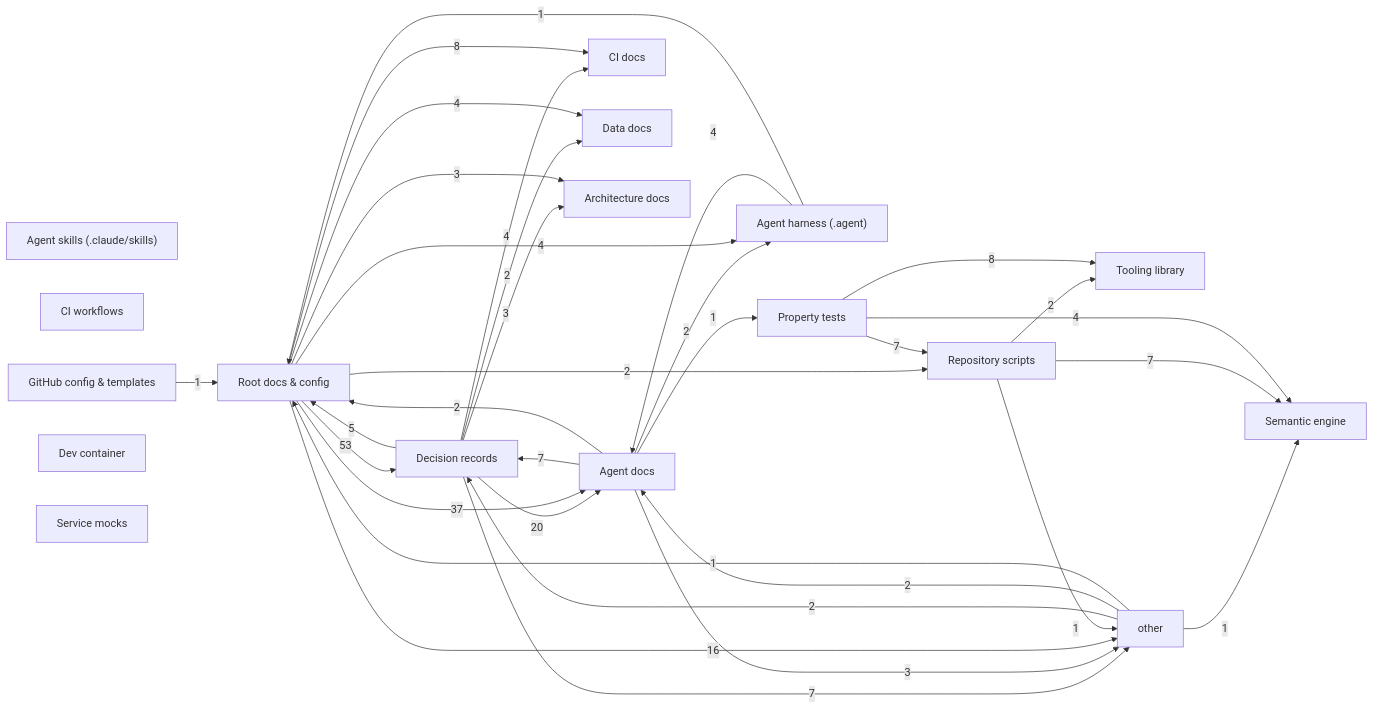
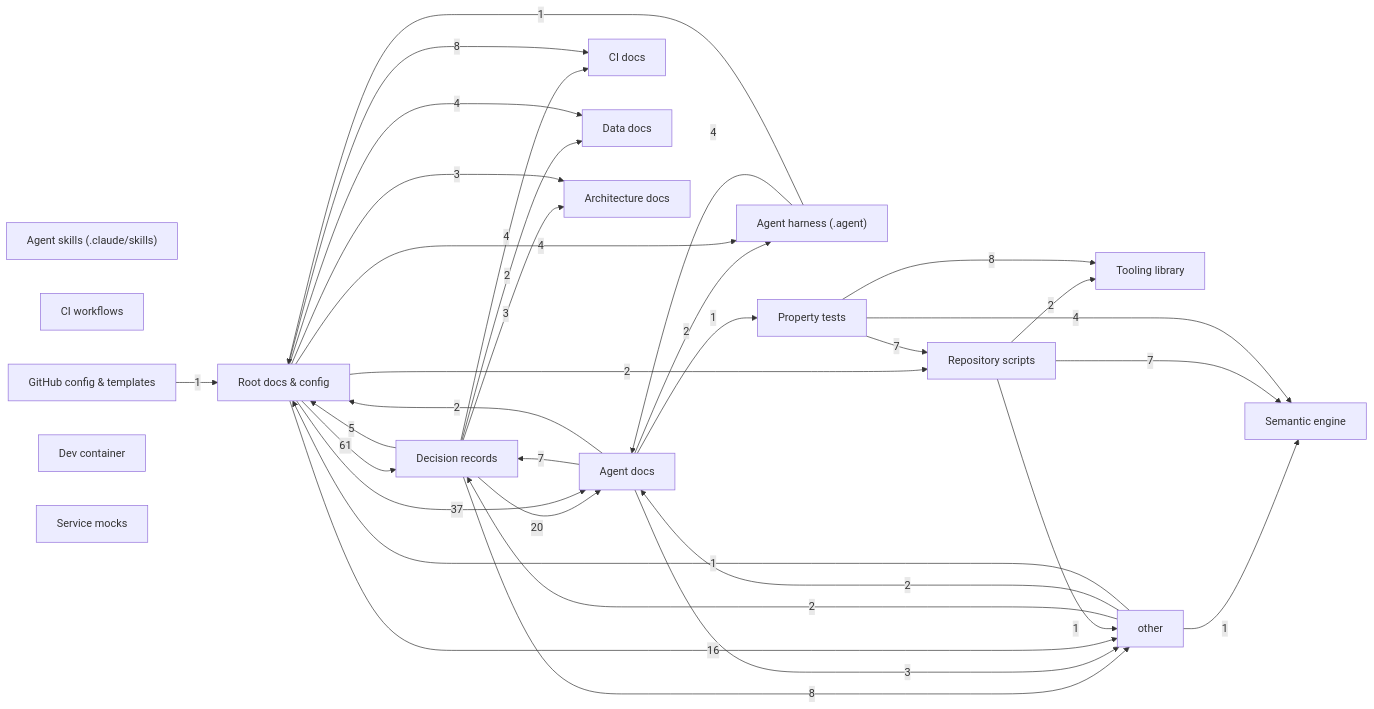
The diagram in docs/architecture/graph.md (sayedelazameydesign-crypto/ui), drawn with Mermaid before and after one commit. The commit also changed other lines of this file and 19 other files, not shown here.

````diff
--- a/docs/architecture/graph.md
+++ b/docs/architecture/graph.md
@@ -11,51 +11,51 @@
 ```mermaid
 graph LR
   root["Root docs & config"]
   agent_harness["Agent harness (.agent)"]
   skills["Agent skills (.claude/skills)"]
   workflows["CI workflows"]
   github_config["GitHub config & templates"]
   sandbox["Dev container"]
   adr["Decision records"]
   docs_agents["Agent docs"]
   docs_ci["CI docs"]
   docs_data["Data docs"]
   docs_arch["Architecture docs"]
   semantic["Semantic engine"]
   tooling_lib["Tooling library"]
   scripts["Repository scripts"]
   tests["Property tests"]
   mocks["Service mocks"]
   adr -->|20| docs_agents
   adr -->|3| docs_arch
   adr -->|4| docs_ci
   adr -->|2| docs_data
-  adr -->|7| other
+  adr -->|8| other
   adr -->|5| root
   agent_harness -->|4| docs_agents
   agent_harness -->|1| root
   docs_agents -->|7| adr
   docs_agents -->|2| agent_harness
   docs_agents -->|3| other
   docs_agents -->|2| root
   docs_agents -->|1| tests
   github_config -->|1| root
   other -->|2| adr
   other -->|2| docs_agents
   other -->|1| root
   other -->|1| semantic
-  root -->|53| adr
+  root -->|61| adr
   root -->|4| agent_harness
   root -->|37| docs_agents
   root -->|3| docs_arch
   root -->|8| docs_ci
   root -->|4| docs_data
   root -->|16| other
   root -->|2| scripts
   scripts -->|1| other
   scripts -->|7| semantic
   scripts -->|2| tooling_lib
   tests -->|7| scripts
   tests -->|4| semantic
   tests -->|8| tooling_lib
 ```
````
